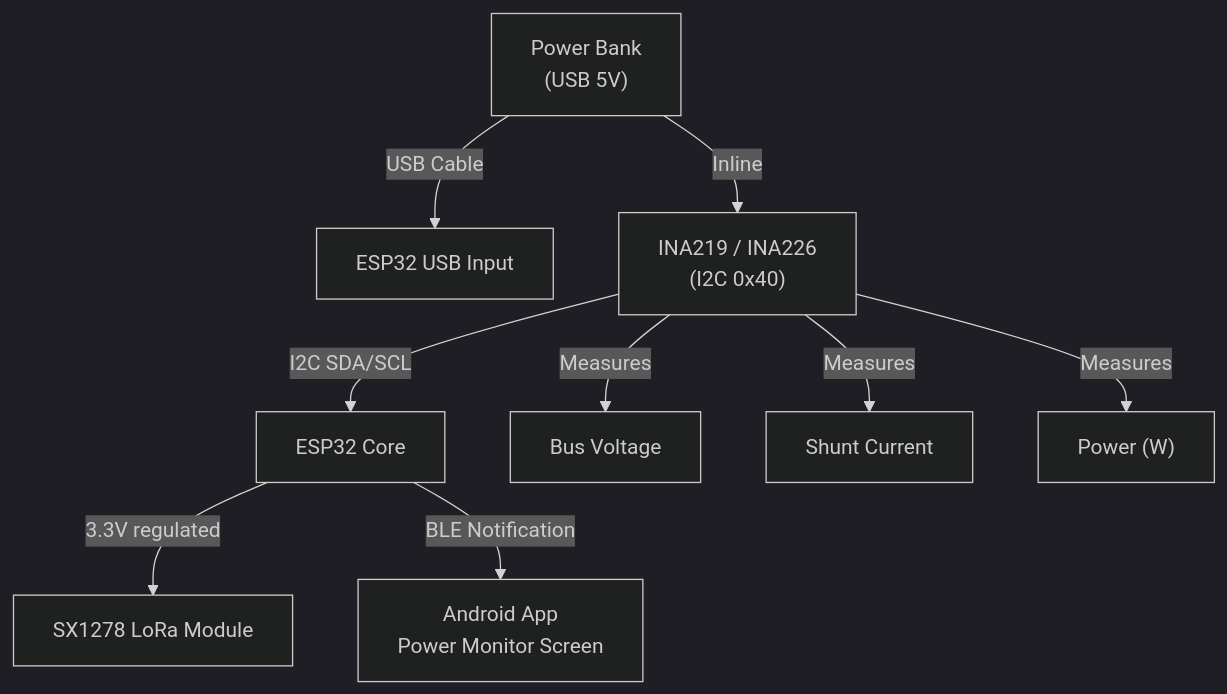
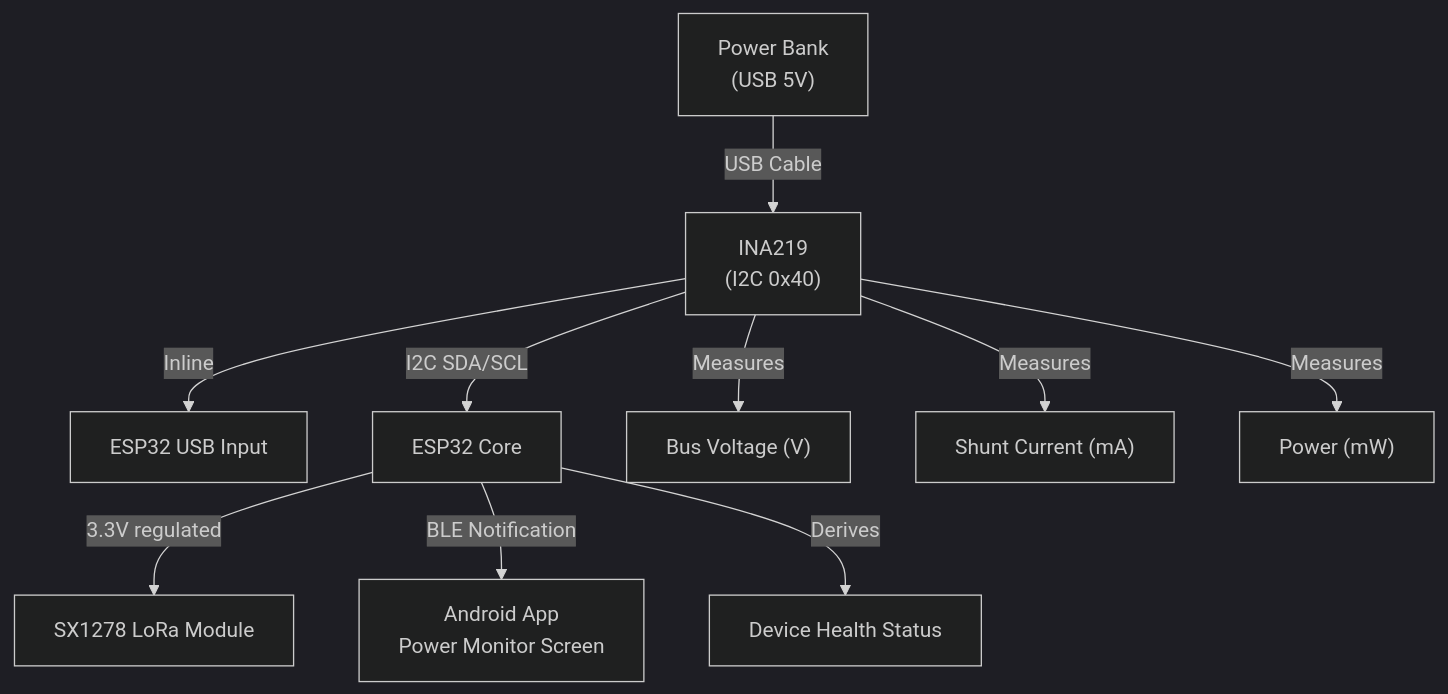
The fifth of 7 diagrams in docs/overview/system-architecture.md (akramhossain-dev/Secure-Offline-Mesh-Messenger), drawn with Mermaid (dark theme) before and after one commit. The commit also changed other lines of this file and 11 other files, not shown here.

Commit message:
docs: update hardware documentation to standardize on rubber duck antennas and INA219 current sensors

````diff
--- a/docs/overview/system-architecture.md
+++ b/docs/overview/system-architecture.md
@@ -207,12 +220,13 @@
 ```mermaid
 flowchart TD
-    PB["Power Bank\n(USB 5V)"] -->|"USB Cable"| ESP32_USB["ESP32 USB Input"]
-    PB -->|"Inline"| INA["INA219 / INA226\n(I2C 0x40)"]
+    PB["Power Bank\n(USB 5V)"] -->|"USB Cable"| INA["INA219\n(I2C 0x40)"]
+    INA -->|"Inline"| ESP32_USB["ESP32 USB Input"]
     INA -->|"I2C SDA/SCL"| ESP32_CORE["ESP32 Core"]
     ESP32_CORE -->|"3.3V regulated"| SX1278["SX1278 LoRa Module"]
     ESP32_CORE -->|"BLE Notification"| APP["Android App\nPower Monitor Screen"]
 
-    INA -->|"Measures"| M1["Bus Voltage"]
-    INA -->|"Measures"| M2["Shunt Current"]
-    INA -->|"Measures"| M3["Power (W)"]
+    INA -->|"Measures"| M1["Bus Voltage (V)"]
+    INA -->|"Measures"| M2["Shunt Current (mA)"]
+    INA -->|"Measures"| M3["Power (mW)"]
+    ESP32_CORE -->|"Derives"| M4["Device Health Status"]
 ```
````
